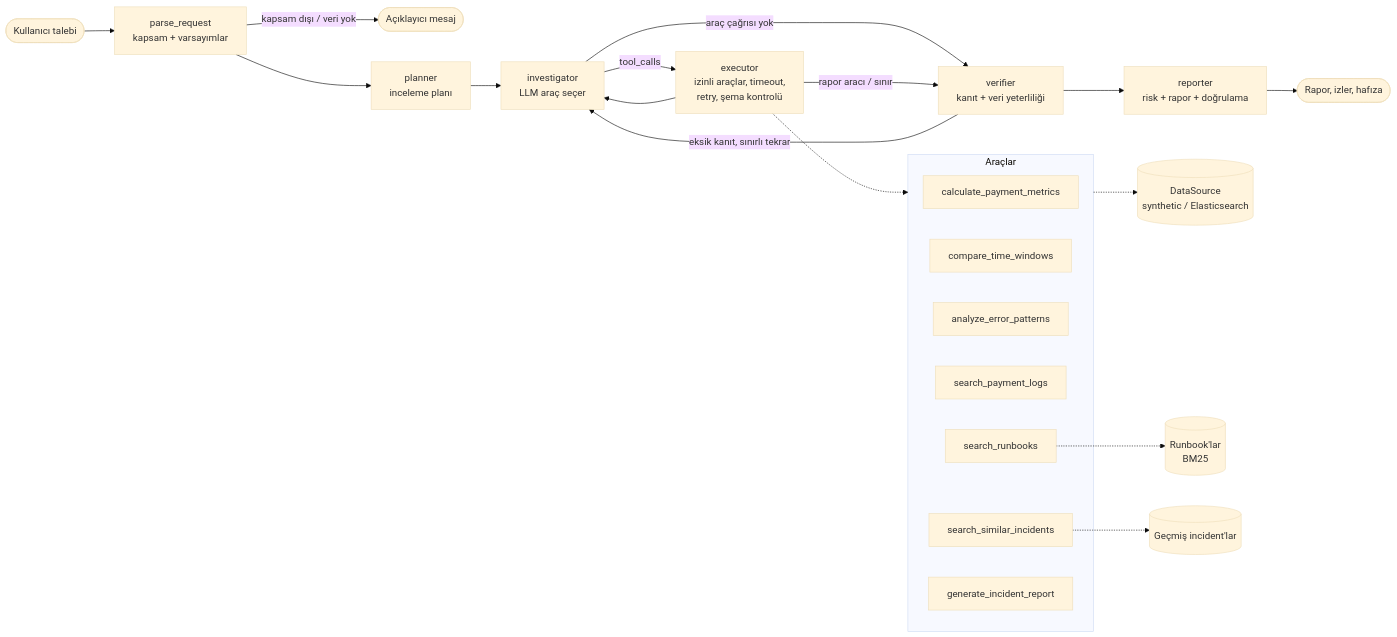
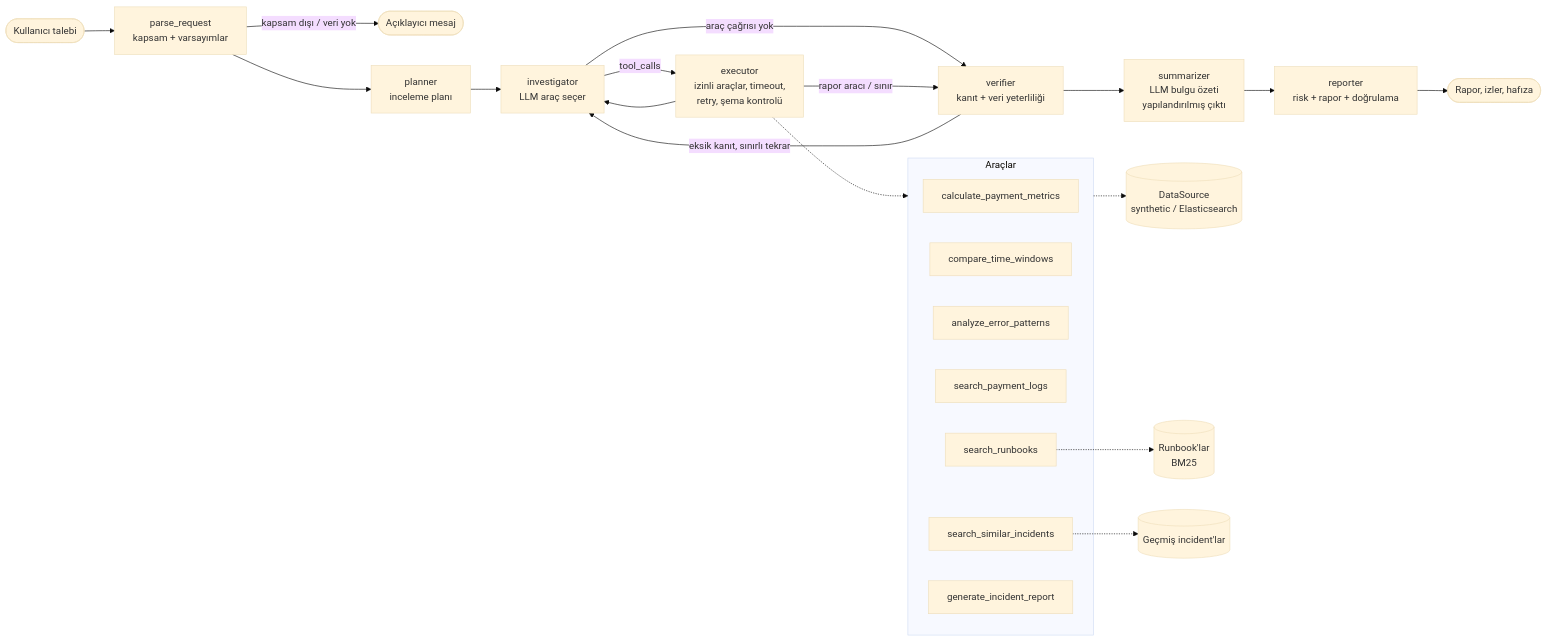
Before and after one commit to ingun/payment-sentinel: the diagram in README.md, drawn with Mermaid (base theme). The commit also changed other lines of this file and 4 other files, not shown here.

First line of the commit message:
LLM bulgu özeti için summarizer düğümü, kapsam düzeltmesi ve LLM eval betiği

````diff
--- a/README.md
+++ b/README.md
@@ -63,28 +63,29 @@
 ```mermaid
 flowchart LR
     U([Kullanıcı talebi]) --> P[parse_request<br/>kapsam + varsayımlar]
     P -->|kapsam dışı / veri yok| X([Açıklayıcı mesaj])
     P --> PL[planner<br/>inceleme planı]
     PL --> I[investigator<br/>LLM araç seçer]
     I -->|tool_calls| E[executor<br/>izinli araçlar, timeout,<br/>retry, şema kontrolü]
     E --> I
     I -->|araç çağrısı yok| V[verifier<br/>kanıt + veri yeterliliği]
     E -->|rapor aracı / sınır| V
     V -->|eksik kanıt, sınırlı tekrar| I
-    V --> R[reporter<br/>risk + rapor + doğrulama]
+    V --> S[summarizer<br/>LLM bulgu özeti<br/>yapılandırılmış çıktı]
+    S --> R[reporter<br/>risk + rapor + doğrulama]
     R --> O([Rapor, izler, hafıza])
 
     subgraph Araçlar
       T1[calculate_payment_metrics]
       T2[compare_time_windows]
       T3[analyze_error_patterns]
       T4[search_payment_logs]
       T5[search_similar_incidents]
       T6[search_runbooks]
       T7[generate_incident_report]
     end
     E -.-> Araçlar
     Araçlar -.-> DS[(DataSource<br/>synthetic / Elasticsearch)]
     T6 -.-> RB[(Runbook'lar<br/>BM25)]
     T5 -.-> INC[(Geçmiş incident'lar)]
 ```
````
